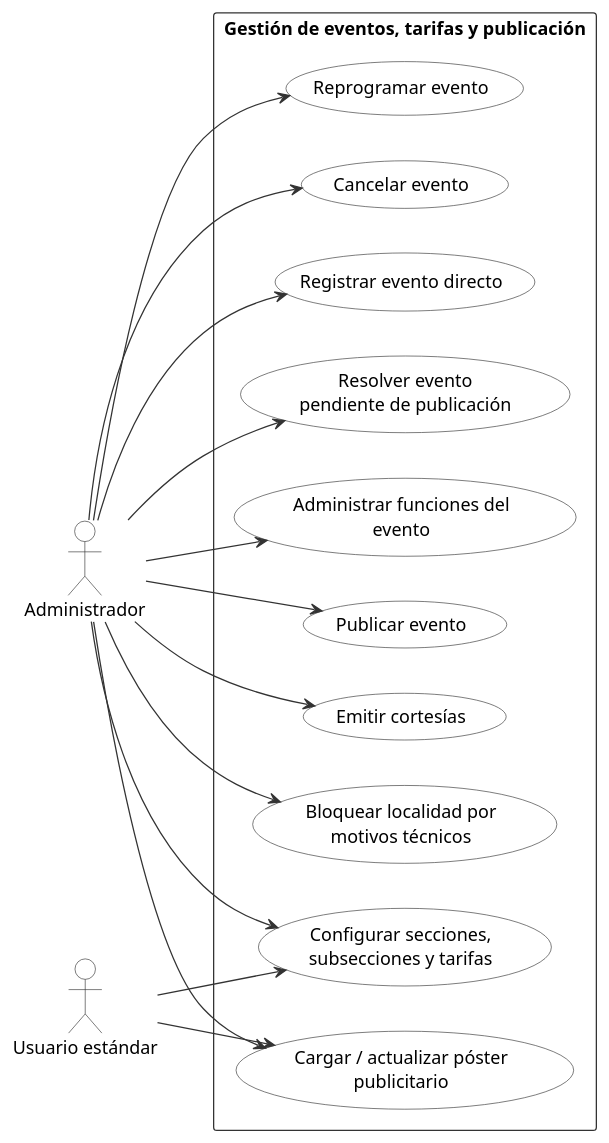
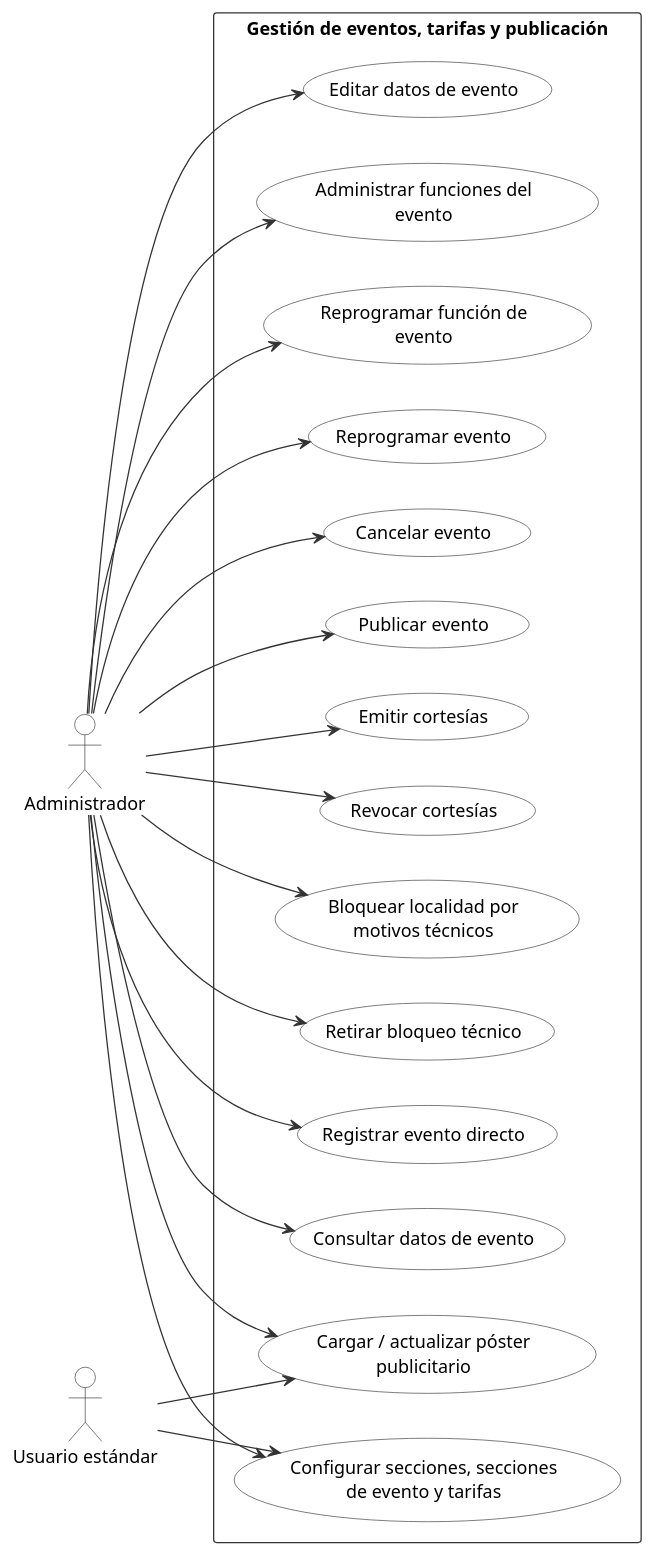
The diagram in docs/diagramas-uml/diagramas-de-caso-uso/06_eventos_tarifas_y_publicacion.puml (AntonioVargas97/Teatro), drawn with PlantUML before and after one commit. The commit also changed 9 other files, not shown here.

First line of the commit message:
docs(uml): refine use case diagrams and add internal accounts

```diff
--- a/docs/diagramas-uml/diagramas-de-caso-uso/06_eventos_tarifas_y_publicacion.puml
+++ b/docs/diagramas-uml/diagramas-de-caso-uso/06_eventos_tarifas_y_publicacion.puml
@@ -1,45 +1,53 @@
 @startuml 06_eventos_tarifas_y_publicacion
 skinparam shadowing false
 skinparam usecase {
   BackgroundColor #FFFFFF
   BorderColor #333333
 }
 skinparam actor {
   BackgroundColor #FFFFFF
   BorderColor #333333
 }
 skinparam rectangle {
   BackgroundColor #FFFFFF
   BorderColor #333333
 }
 skinparam ArrowColor #333333
 left to right direction
 actor "Administrador" as A
 actor "Usuario estándar" as U
 
 rectangle "Gestión de eventos, tarifas y publicación" {
   usecase "Registrar evento directo" as UC1
-  usecase "Resolver evento\npendiente de publicación" as UC2
-  usecase "Administrar funciones del\nevento" as UC3
-  usecase "Cargar / actualizar póster\npublicitario" as UC4
-  usecase "Publicar evento" as UC5
-  usecase "Configurar secciones,\nsubsecciones y tarifas" as UC6
-  usecase "Emitir cortesías" as UC7
-  usecase "Bloquear localidad por\nmotivos técnicos" as UC8
-  usecase "Reprogramar evento" as UC9
-  usecase "Cancelar evento" as UC10
+  usecase "Consultar datos de evento" as UC2
+  usecase "Editar datos de evento" as UC3
+  usecase "Administrar funciones del\nevento" as UC4
+  usecase "Reprogramar función de\nevento" as UC5
+  usecase "Reprogramar evento" as UC6
+  usecase "Cancelar evento" as UC7
+  usecase "Publicar evento" as UC8
+  usecase "Cargar / actualizar póster\npublicitario" as UC9
+  usecase "Configurar secciones, secciones\nde evento y tarifas" as UC10
+  usecase "Emitir cortesías" as UC11
+  usecase "Revocar cortesías" as UC12
+  usecase "Bloquear localidad por\nmotivos técnicos" as UC13
+  usecase "Retirar bloqueo técnico" as UC14
 }
 
 A --> UC1
 A --> UC2
 A --> UC3
 A --> UC4
 A --> UC5
 A --> UC6
 A --> UC7
 A --> UC8
 A --> UC9
 A --> UC10
-U --> UC4
-U --> UC6
+A --> UC11
+A --> UC12
+A --> UC13
+A --> UC14
+U --> UC9
+U --> UC10
 @enduml
```
